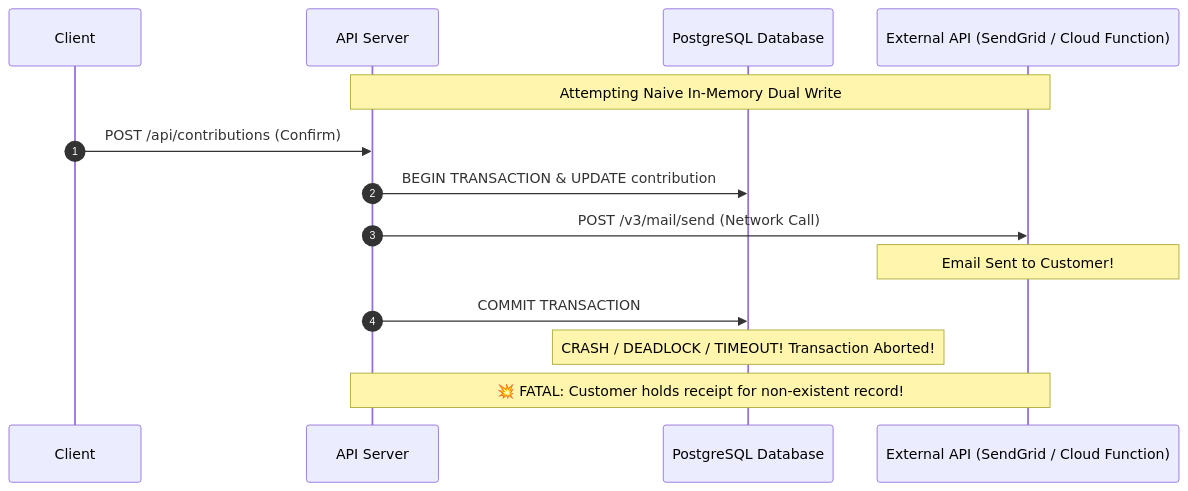
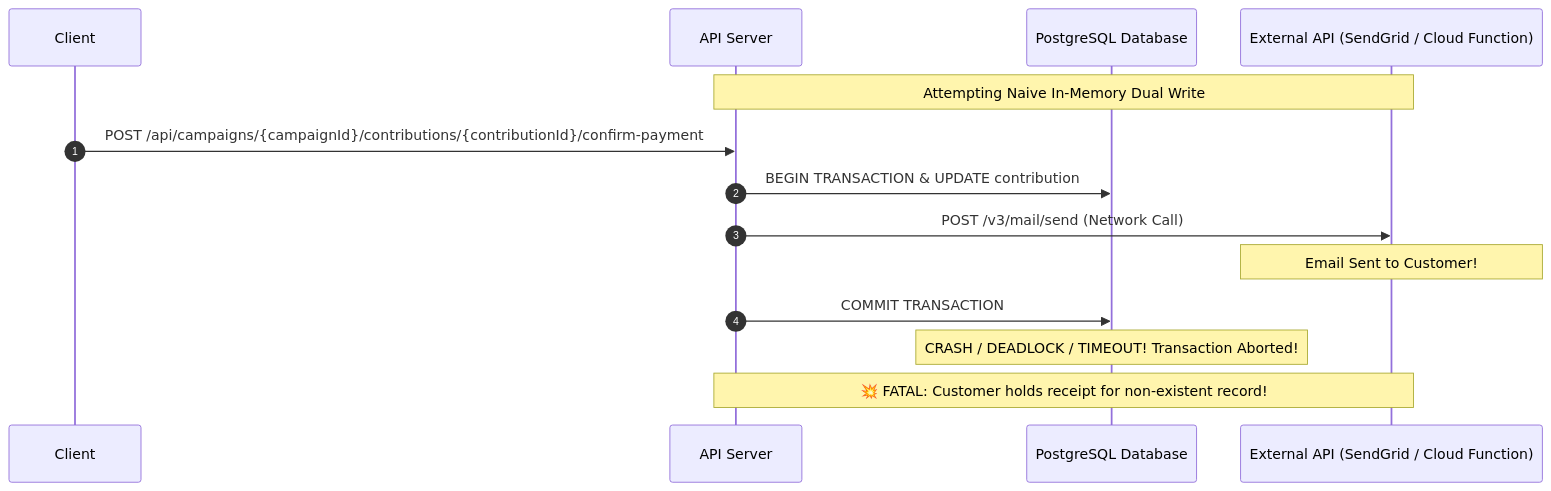
The first of 2 diagrams in educational/01-architecture-paradigms/justifying-the-outbox-and-complex-crud.md (maysamgamini/crowdfundinghub), drawn with Mermaid before and after one commit. The commit also changed other lines of this file and 31 other files, not shown here.

````diff
--- a/educational/01-architecture-paradigms/justifying-the-outbox-and-complex-crud.md
+++ b/educational/01-architecture-paradigms/justifying-the-outbox-and-complex-crud.md
@@ -48,17 +48,17 @@
 ```mermaid
 sequenceDiagram
     autonumber
     participant Client
     participant API as API Server
     participant DB as PostgreSQL Database
     participant Ext as External API (SendGrid / Cloud Function)
 
     Note over API,Ext: Attempting Naive In-Memory Dual Write
-    Client->>API: POST /api/contributions (Confirm)
+    Client->>API: POST /api/campaigns/{campaignId}/contributions/{contributionId}/confirm-payment
     API->>DB: BEGIN TRANSACTION & UPDATE contribution
     API->>Ext: POST /v3/mail/send (Network Call)
     Note over Ext: Email Sent to Customer!
     API->>DB: COMMIT TRANSACTION
     Note over DB: CRASH / DEADLOCK / TIMEOUT! Transaction Aborted!
     Note over API,Ext: 💥 FATAL: Customer holds receipt for non-existent record!
 ```
````
